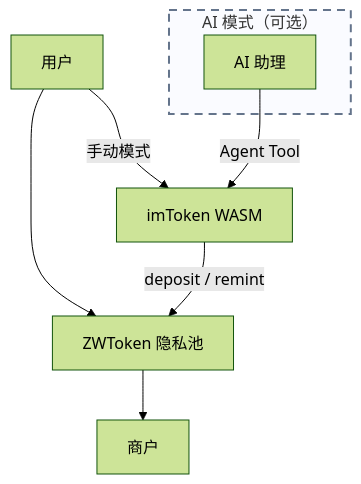
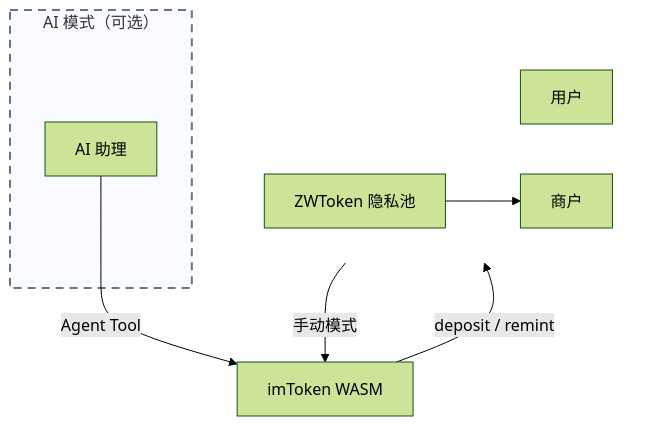
Before and after one commit to 0xNullLabs/Aegis: the diagram in README.md, drawn with Mermaid (forest theme). The commit also changed other lines of this file, not shown here.

Commit message:
fix diagram 5

````diff
--- a/README.md
+++ b/README.md
@@ -27,16 +27,23 @@
 ```mermaid
 flowchart TB
-    U["用户"] --> ZW["ZWToken 隐私池"] --> M["商户"]
+    subgraph top[" "]
+        direction LR
+        U["用户"]
+        ZW["ZWToken 隐私池"]
+        M["商户"]
+    end
+    ZW --> M
 
     WASM["imToken WASM"]
 
     U -->|手动模式| WASM
     WASM -->|deposit / remint| ZW
 
     subgraph aiBox["AI 模式（可选）"]
         AI["AI 助理"]
     end
     AI -->|Agent Tool| WASM
 
     style aiBox fill:#fafbff,stroke:#64748b,stroke-width:2px,stroke-dasharray: 8 6
+    style top fill:none,stroke:none
 ```
````
